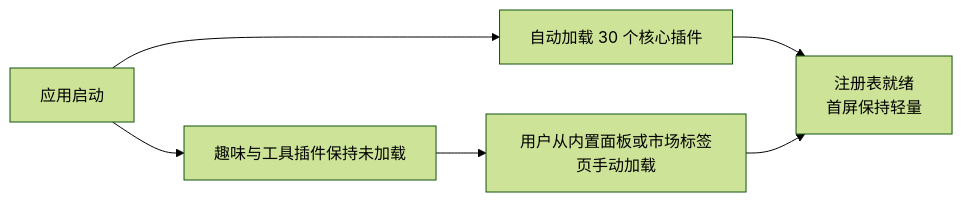
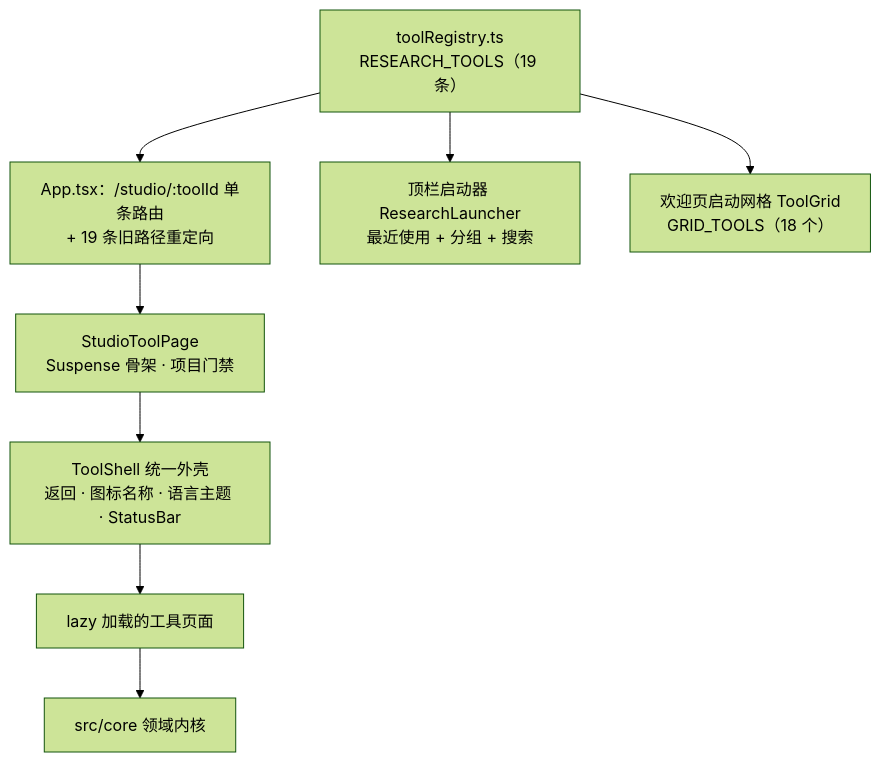
One commit to SnowLeopard-io/ErgalicsStudio changed diagram 13 of 18 in docs/technical/Ergalics Studio.md. Above: the diagram before and after it, drawn with Mermaid (forest theme). The commit also changed other lines of this file and 59 other files, not shown here.

````diff
--- a/docs/technical/Ergalics Studio.md
+++ b/docs/technical/Ergalics Studio.md
@@ -508,8 +784,11 @@
 ```mermaid
-flowchart LR
-    A["应用启动"] --> B["自动加载 30 个核心插件"]
-    A --> C["趣味与工具插件保持未加载"]
-    C --> D["用户从内置面板或市场标签页手动加载"]
-    B --> E["注册表就绪<br/>首屏保持轻量"]
-    D --> E
+flowchart TD
+    R["toolRegistry.ts<br/>RESEARCH_TOOLS（19 条）"]
+    R --> A["App.tsx：/studio/:toolId 单条路由<br/>+ 19 条旧路径重定向"]
+    R --> B["顶栏启动器 ResearchLauncher<br/>最近使用 + 分组 + 搜索"]
+    R --> C["欢迎页启动网格 ToolGrid<br/>GRID_TOOLS（18 个）"]
+    A --> D["StudioToolPage<br/>Suspense 骨架 · 项目门禁"]
+    D --> E["ToolShell 统一外壳<br/>返回 · 图标名称 · 语言主题 · StatusBar"]
+    E --> F["lazy 加载的工具页面"]
+    F --> G["src/core 领域内核"]
 ```
````
